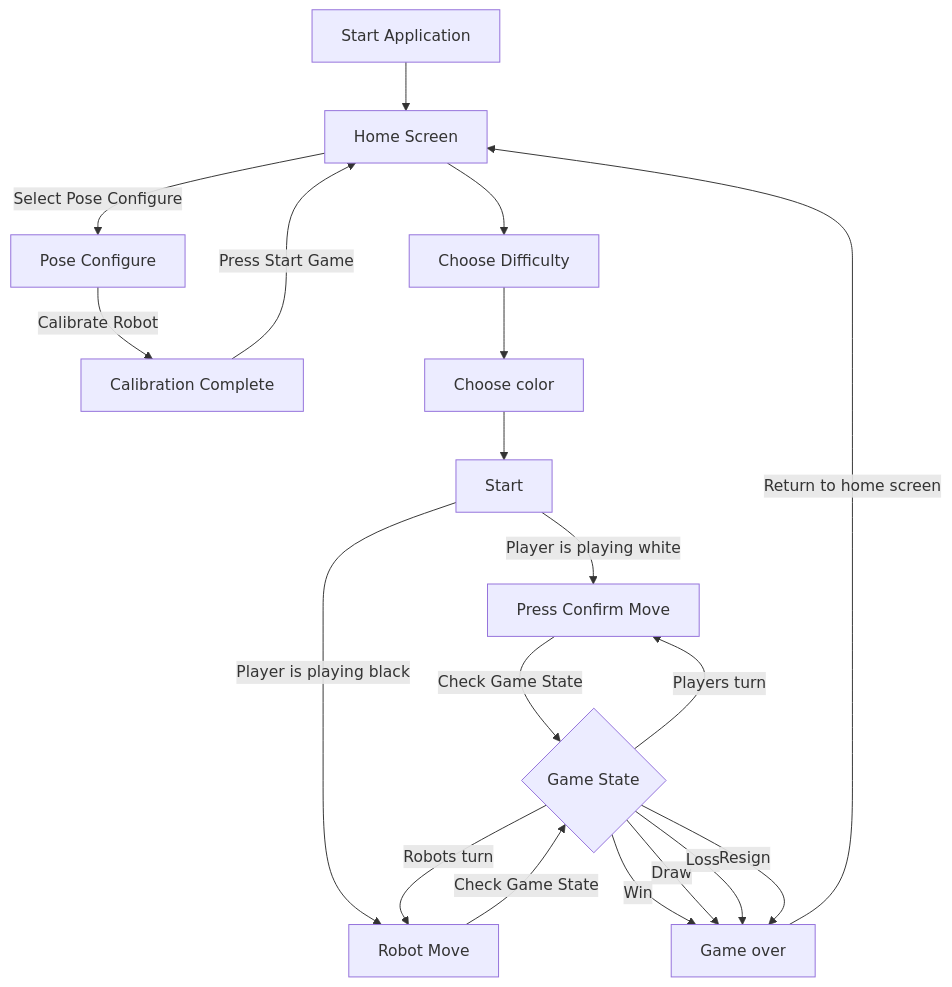
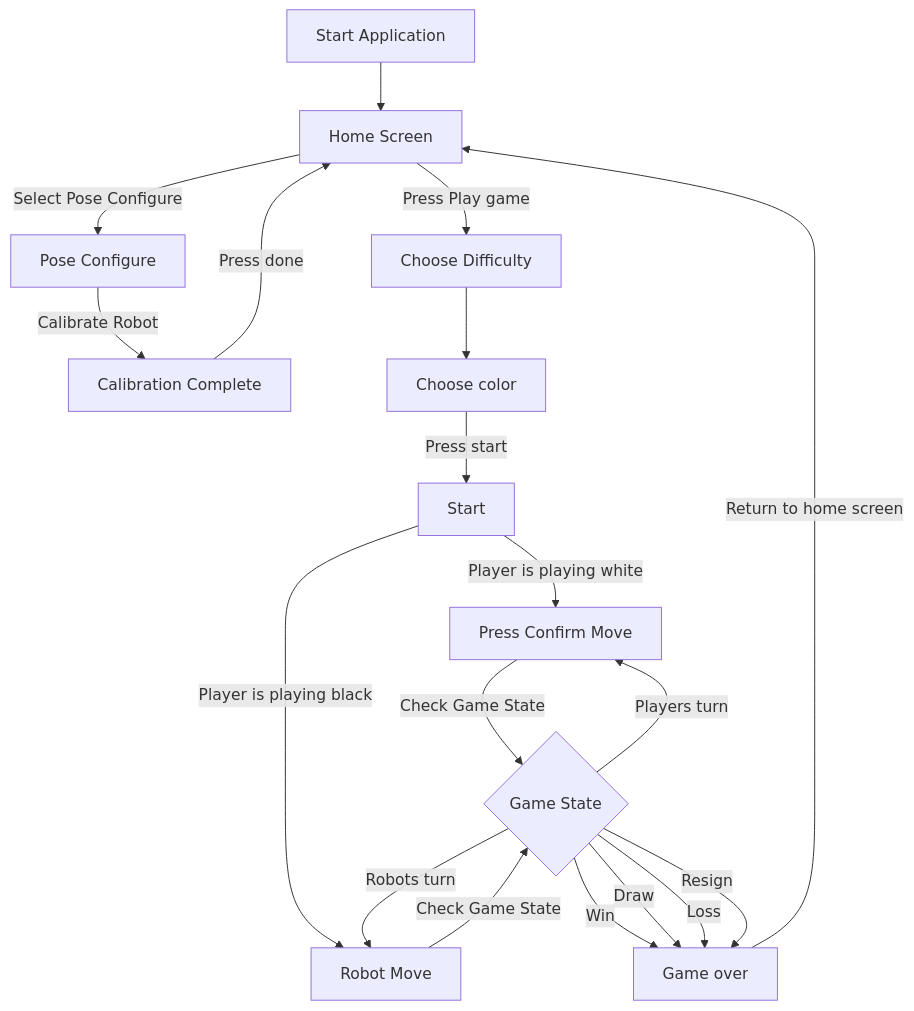
The first of 3 diagrams in README.md (marols27/UR5ChessbotRemake), drawn with Mermaid before and after one commit.

````diff
--- a/README.md
+++ b/README.md
@@ -17,25 +17,25 @@
 ```mermaid
 flowchart TD
     run_app[Start Application] --> home_screen["Home Screen"]
     home_screen -->|Select Pose Configure| pose_configure["Pose Configure"]
     pose_configure -->|Calibrate Robot| calibration["Calibration Complete"]
-    calibration -->|Press Start Game| home_screen["Home Screen"]
-    home_screen --> choose_difficulty["Choose Difficulty"]
+    calibration -->|Press done| home_screen["Home Screen"]
+    home_screen --> |Press Play game|choose_difficulty["Choose Difficulty"]
     choose_difficulty --> choose_color["Choose color"]
-    choose_color --> start["Start"]
+    choose_color -->|Press start| start["Start"]
     
     start -->|Player is playing white| confirm_move["Press Confirm Move"]
     start -->|Player is playing black| robot_move[Robot Move]
     confirm_move -->|Check Game State| game_state{"Game State"}
     robot_move --> |Check Game State| game_state
     game_state --> |Players turn| confirm_move
     game_state --> |Robots turn| robot_move
 
     
     game_state -->|Win| end_game["Game Over: Win"]
     game_state -->|Draw| end_game["Game Over: Draw"]
     game_state -->|Loss| end_game["Game Over: Loss"]
     game_state -->|Resign| end_game["Game over"]
     
     end_game -->|Return to home screen| home_screen
 ```
````
